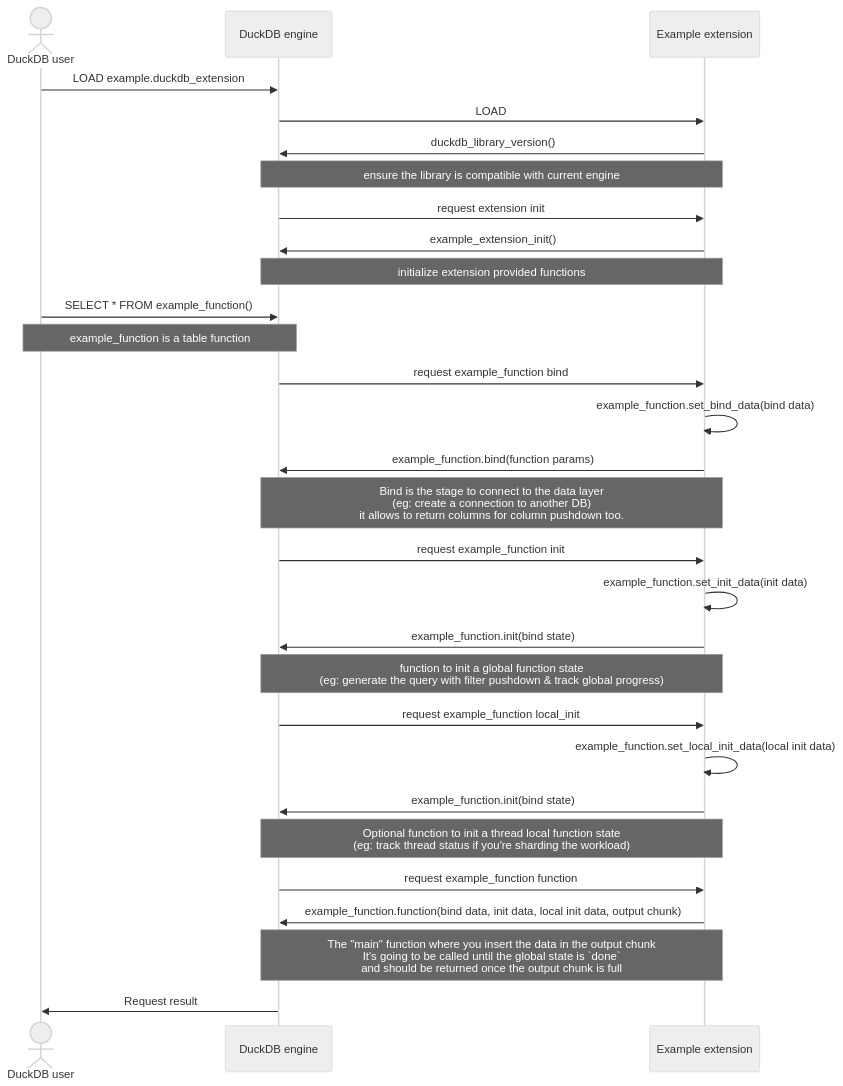
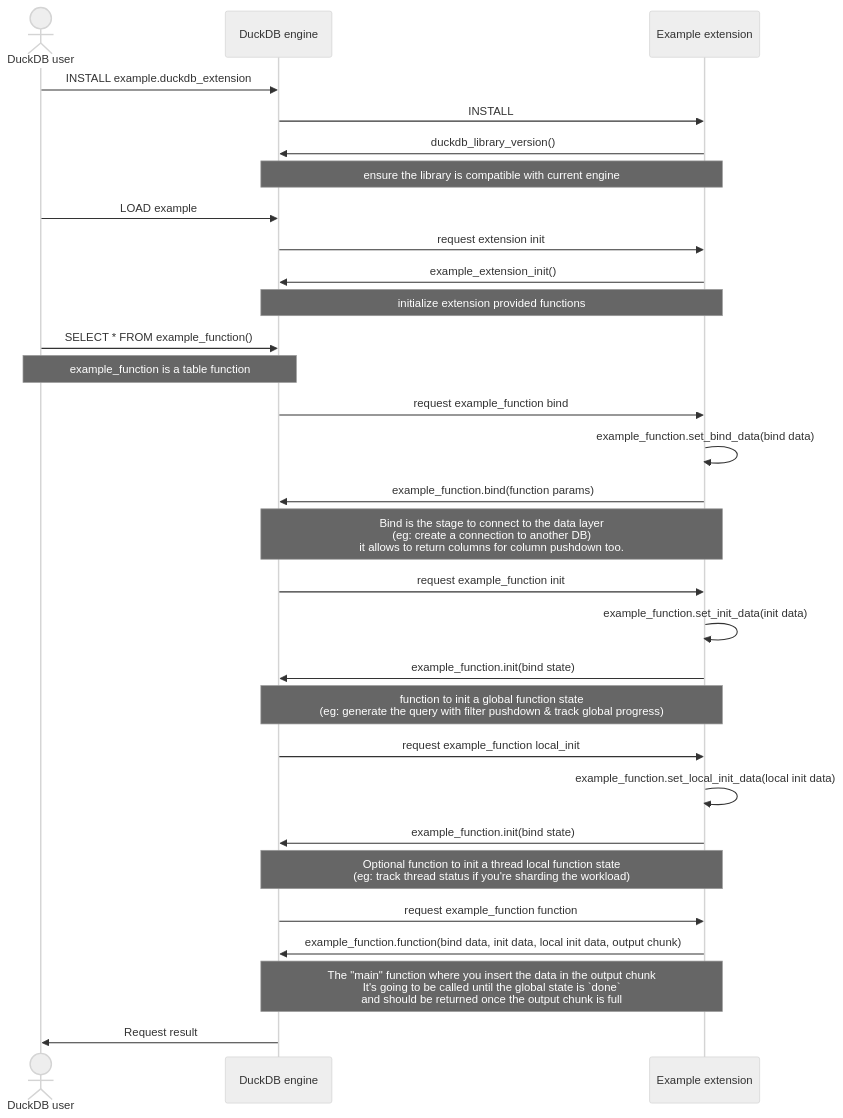
Before and after one commit to Kayrnt/duckdb-extension-workflow: the diagram in README.md, drawn with Mermaid (neutral theme).

Commit message:
add install

````diff
--- a/README.md
+++ b/README.md
@@ -8,39 +8,40 @@
 ```mermaid
 sequenceDiagram
     actor DuckDB user
     participant DuckDB engine
     participant Example extension
 
-    DuckDB user->>DuckDB engine: LOAD example.duckdb_extension
-    DuckDB engine->>Example extension: LOAD
+    DuckDB user->>DuckDB engine: INSTALL example.duckdb_extension;
+    DuckDB engine->>Example extension: INSTALL
     Example extension->>DuckDB engine: duckdb_library_version()
-     Note over Example extension,DuckDB engine: ensure the library is compatible with current engine
+    Note over Example extension,DuckDB engine: ensure the library is compatible with current engine
 
+    DuckDB user->>DuckDB engine: LOAD example;
     DuckDB engine->>Example extension: request extension init
     Example extension->>DuckDB engine: example_extension_init()
     Note over Example extension,DuckDB engine: initialize extension provided functions
 
-    DuckDB user->>DuckDB engine: SELECT * FROM example_function()
+    DuckDB user->>DuckDB engine: SELECT * FROM example_function();
     Note over DuckDB user,DuckDB engine: example_function is a table function
 
     DuckDB engine->>Example extension: request example_function bind
     Example extension->>Example extension: example_function.set_bind_data(bind data)
     Example extension->>DuckDB engine: example_function.bind(function params)
     Note over Example extension,DuckDB engine: Bind is the stage to connect to the data layer <br/> (eg: create a connection to another DB) <br/> it allows to return columns for column pushdown too.
 
     DuckDB engine->>Example extension: request example_function init
     Example extension->>Example extension: example_function.set_init_data(init data)
     Example extension->>DuckDB engine: example_function.init(bind state)
     Note over Example extension,DuckDB engine: function to init a global function state <br/> (eg: generate the query with filter pushdown & track global progress)
     
     DuckDB engine->>Example extension: request example_function local_init
     Example extension->>Example extension: example_function.set_local_init_data(local init data)
     Example extension->>DuckDB engine: example_function.init(bind state)
     Note over Example extension,DuckDB engine: Optional function to init a thread local function state <br/> (eg: track thread status if you're sharding the workload)
 
     DuckDB engine->>Example extension: request example_function function
     Example extension->>DuckDB engine: example_function.function(bind data, init data, local init data, output chunk)
     Note over Example extension,DuckDB engine: The "main" function where you insert the data in the output chunk <br/> It's going to be called until the global state is `done` <br/> and should be returned once the output chunk is full
 
     DuckDB engine->>DuckDB user: Request result
 ```
````
